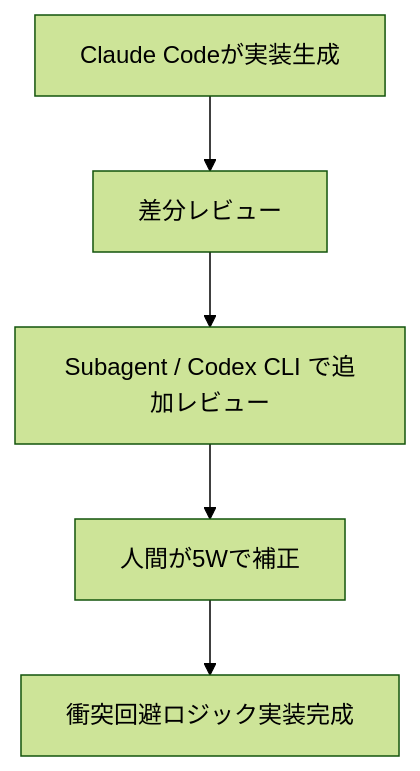
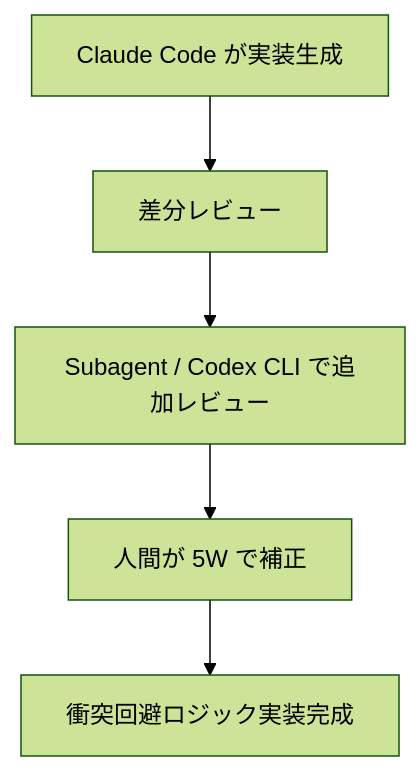
One commit to himorishige/zenn-contents changed the second of 3 diagrams in articles/hatago-with-ai-dlc.md. Above: the diagram before and after it, drawn with Mermaid (forest theme). The commit also changed other lines of this file, not shown here.

````diff
--- a/articles/hatago-with-ai-dlc.md
+++ b/articles/hatago-with-ai-dlc.md
@@ -73,7 +73,7 @@
 ```mermaid
 flowchart TD
-  A[Claude Codeが実装生成] --> B[差分レビュー]
+  A[Claude Code が実装生成] --> B[差分レビュー]
   B --> C[Subagent / Codex CLI で追加レビュー]
-  C --> D[人間が5Wで補正]
+  C --> D[人間が 5W で補正]
   D --> E[衝突回避ロジック実装完成]
 ```
````
